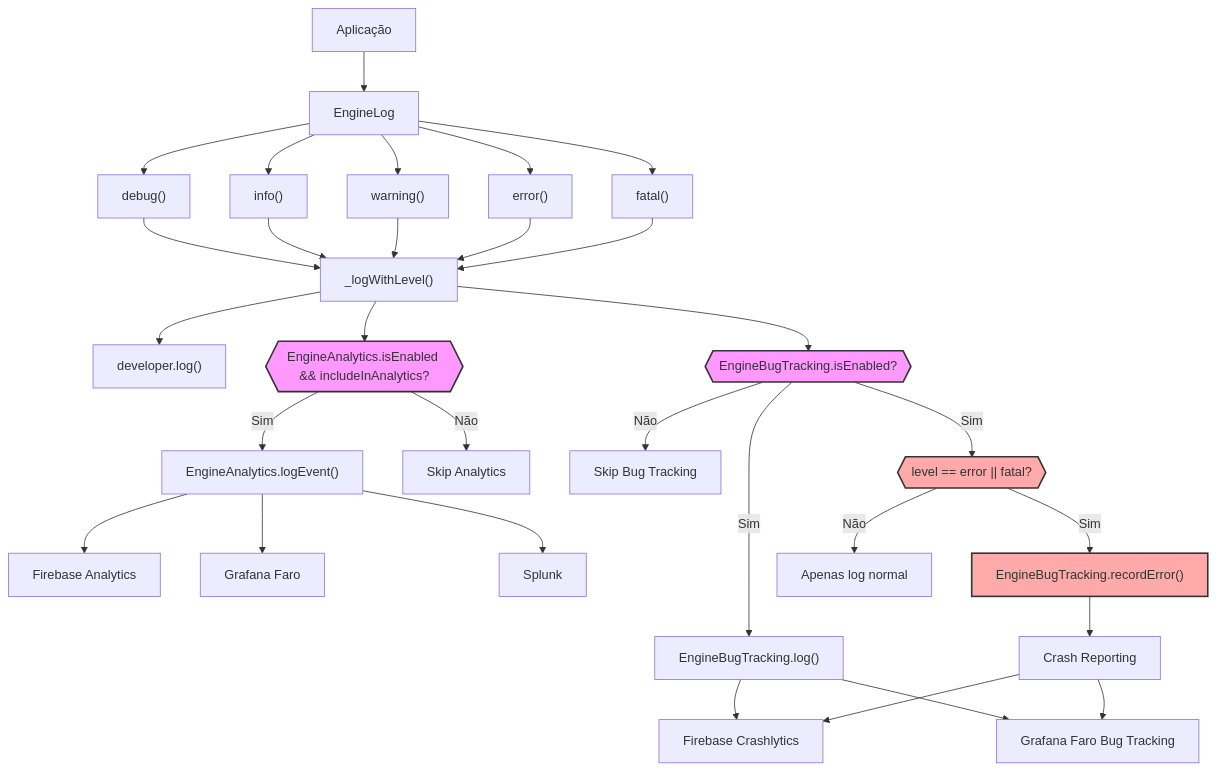
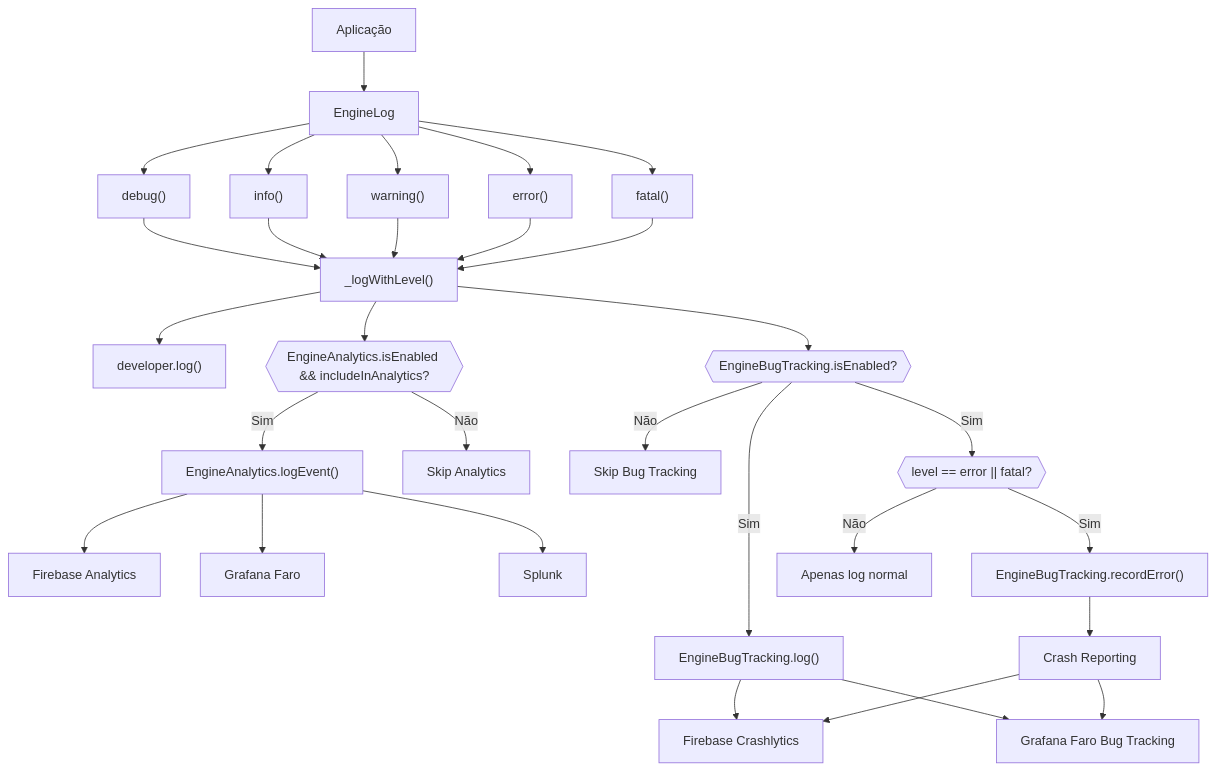
The third of 5 diagrams in README.md (moreirawebmaster/engine-tracking), drawn with Mermaid before and after one commit. The commit also changed other lines of this file, not shown here.

Commit message:
docs: Remove estilos de cor desnecessários dos diagramas no README
- Elimina estilos de cor de elementos nos diagramas de correlação de logs e jornada do usuário para simplificar a apresentação.
- Melhora a clareza visual dos diagramas, mantendo o foco nas informações essenciais.

````diff
--- a/README.md
+++ b/README.md
@@ -130,46 +125,41 @@
 ```mermaid
 graph TD
     A["Aplicação"] --> B["EngineLog"]
     
     B --> C["debug()"]
     B --> D["info()"]
     B --> E["warning()"]
     B --> F["error()"]
     B --> G["fatal()"]
     
     C --> H["_logWithLevel()"]
     D --> H
     E --> H
     F --> H
     G --> H
     
     H --> I["developer.log()"]
     H --> J{{"EngineAnalytics.isEnabled && includeInAnalytics?"}}
     H --> K{{"EngineBugTracking.isEnabled?"}}
     
     J -->|Sim| L["EngineAnalytics.logEvent()"]
     J -->|Não| M["Skip Analytics"]
     
     K -->|Sim| N["EngineBugTracking.log()"]
     K -->|Não| O["Skip Bug Tracking"]
     
     L --> P["Firebase Analytics"]
     L --> Q["Grafana Faro"]
     L --> R["Splunk"]
     
     N --> S["Firebase Crashlytics"]
     N --> T["Grafana Faro Bug Tracking"]
     
     K -->|Sim| U{{"level == error || fatal?"}}
     U -->|Sim| V["EngineBugTracking.recordError()"]
     U -->|Não| W["Apenas log normal"]
     
     V --> X["Crash Reporting"]
     X --> S
     X --> T
-    
-    style J fill:#f9f,stroke:#333,stroke-width:2px
-    style K fill:#f9f,stroke:#333,stroke-width:2px
-    style U fill:#faa,stroke:#333,stroke-width:2px
-    style V fill:#faa,stroke:#333,stroke-width:2px
 ```
````
